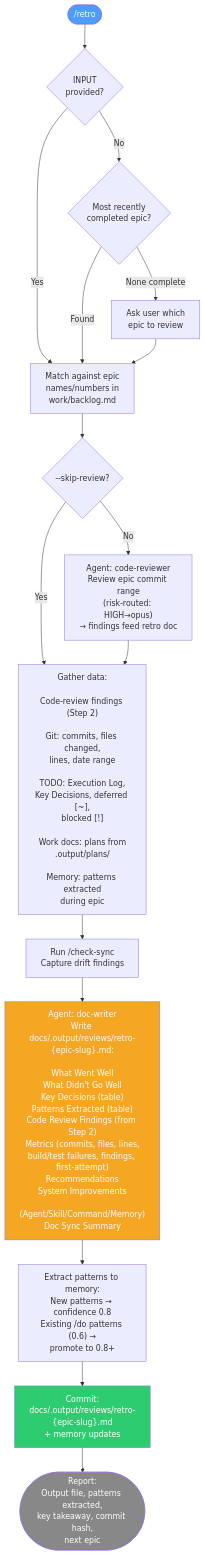
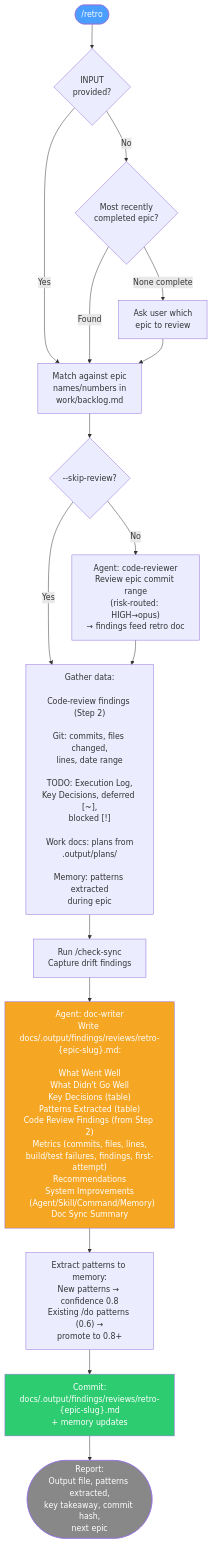
Before and after one commit to Domdhi/Agents.Domdhi: diagram 32 of 37 in docs/reference/commands.md, drawn with Mermaid. The commit also changed other lines of this file and 185 other files, not shown here.

Commit message:
v4.92 — sync from workshop: ADR 0006 .output taxonomy + memory-store split (.memory/ tracked source + .state/ index), guardrail/agent grounding, C2/C3 resolutions

````diff
--- a/docs/reference/commands.md
+++ b/docs/reference/commands.md
@@ -1489,29 +1489,29 @@
 ```mermaid
 flowchart TD
     START(["/retro"]) --> INPUT{INPUT\nprovided?}
     INPUT -->|Yes| MATCH["Match against epic\nnames/numbers in\nwork/backlog.md"]
     INPUT -->|No| FIND{Most recently\ncompleted epic?}
     FIND -->|Found| MATCH
     FIND -->|None complete| ASK["Ask user which\nepic to review"]
     ASK --> MATCH
 
     MATCH --> REVIEW{"--skip-review?"}
     REVIEW -->|No| CR["Agent: code-reviewer\nReview epic commit range\n(risk-routed: HIGH→opus)\n→ findings feed retro doc"]
     REVIEW -->|Yes| GATHER
     CR --> GATHER["Gather data:\n\nCode-review findings (Step 2)\n\nGit: commits, files changed,\nlines, date range\n\nTODO: Execution Log,\nKey Decisions, deferred [~],\nblocked [!]\n\nWork docs: plans from\n.output/plans/\n\nMemory: patterns extracted\nduring epic"]
 
     GATHER --> SYNC["Run /check-sync\nCapture drift findings"]
 
-    SYNC --> DELEGATE["Agent: doc-writer\nWrite docs/.output/reviews/retro-{epic-slug}.md:\n\nWhat Went Well\nWhat Didn't Go Well\nKey Decisions (table)\nPatterns Extracted (table)\nCode Review Findings (from Step 2)\nMetrics (commits, files, lines,\nbuild/test failures, findings, first-attempt)\nRecommendations\nSystem Improvements\n  (Agent/Skill/Command/Memory)\nDoc Sync Summary"]
+    SYNC --> DELEGATE["Agent: doc-writer\nWrite docs/.output/findings/reviews/retro-{epic-slug}.md:\n\nWhat Went Well\nWhat Didn't Go Well\nKey Decisions (table)\nPatterns Extracted (table)\nCode Review Findings (from Step 2)\nMetrics (commits, files, lines,\nbuild/test failures, findings, first-attempt)\nRecommendations\nSystem Improvements\n  (Agent/Skill/Command/Memory)\nDoc Sync Summary"]
 
     DELEGATE --> PATTERNS["Extract patterns to memory:\nNew patterns → confidence 0.8\nExisting /do patterns (0.6) →\npromote to 0.8+"]
 
-    PATTERNS --> COMMIT["Commit:\ndocs/.output/reviews/retro-{epic-slug}.md\n+ memory updates"]
+    PATTERNS --> COMMIT["Commit:\ndocs/.output/findings/reviews/retro-{epic-slug}.md\n+ memory updates"]
 
     COMMIT --> REPORT(["Report:\nOutput file, patterns extracted,\nkey takeaway, commit hash,\nnext epic"])
 
     style START fill:#4a9eff,color:#fff
     style DELEGATE fill:#f5a623,color:#fff
     style COMMIT fill:#2ecc71,color:#fff
     style REPORT fill:#888,color:#fff
 ```
````
